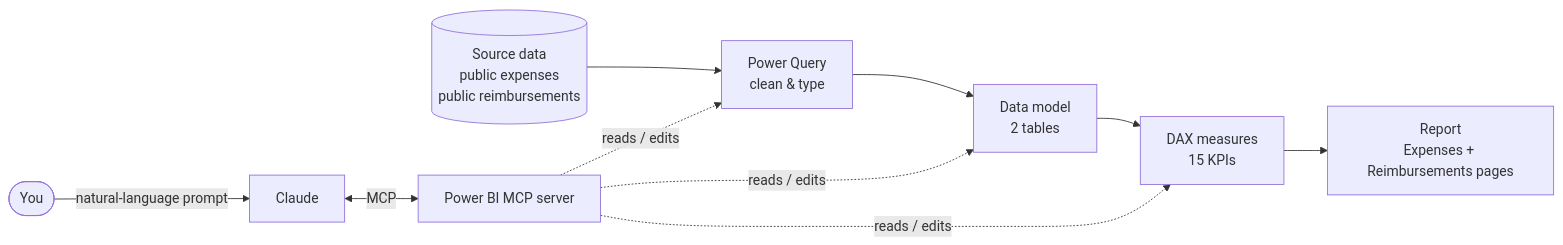
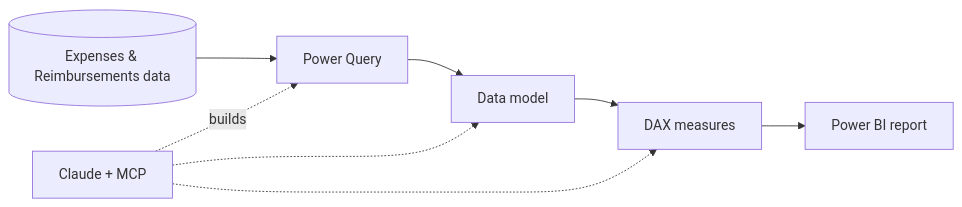
One commit to Ramesh1414/Power-BI-projects changed the diagram in README.md. Above: the diagram before and after it, drawn with Mermaid. The commit also changed other lines of this file, not shown here.

````diff
--- a/README.md
+++ b/README.md
@@ -12,13 +7,10 @@
 ```mermaid
 flowchart LR
-    A[(Source data<br/>public expenses<br/>public reimbursements)] --> B[Power Query<br/>clean & type]
-    B --> C[Data model<br/>2 tables]
-    C --> D[DAX measures<br/>15 KPIs]
-    D --> E[Report<br/>Expenses + Reimbursements pages]
-
-    F([You]) -- natural-language prompt --> G[Claude]
-    G <-- MCP --> H[Power BI MCP server]
-    H -. reads / edits .-> B
-    H -. reads / edits .-> C
-    H -. reads / edits .-> D
+    A[(Expenses & Reimbursements data)] --> B[Power Query]
+    B --> C[Data model]
+    C --> D[DAX measures]
+    D --> E[Power BI report]
+    F[Claude + MCP] -.builds.-> B
+    F -.-> C
+    F -.-> D
 ```
````
